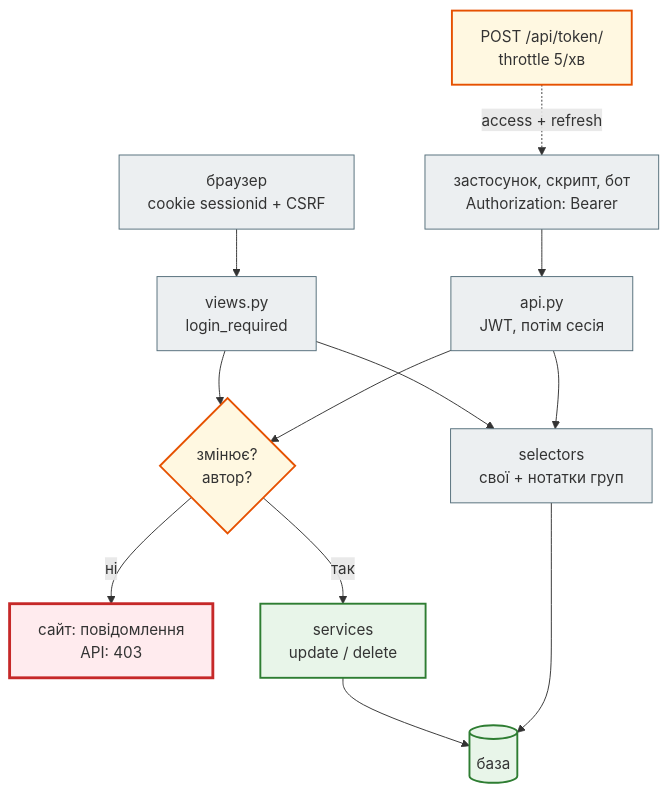
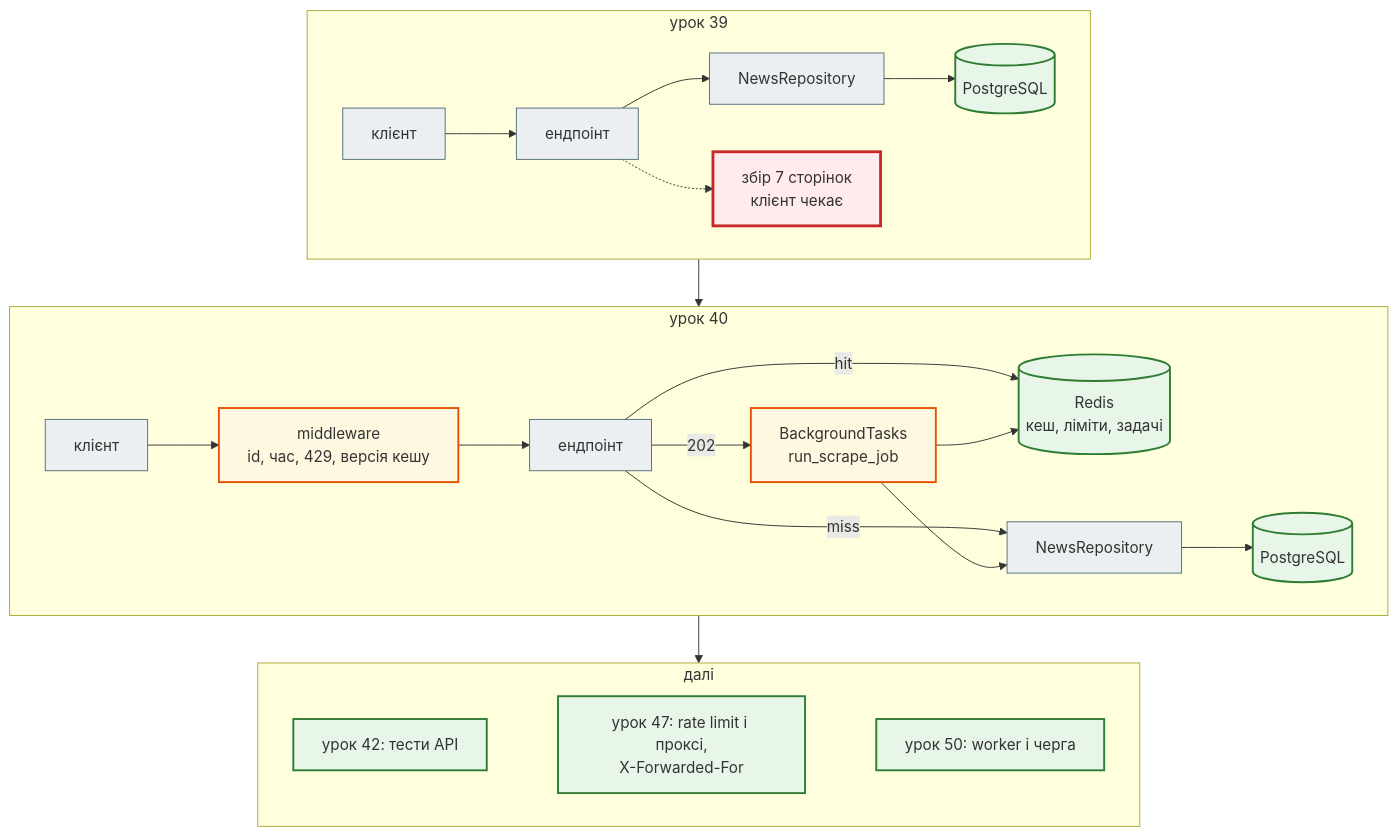
Before and after one commit to AlinaRadchenko/PY-Course-Victor-Nikoriak-22-09-2026: the third of 3 diagrams in docs/modules/m4/lesson_40.md, drawn with Mermaid. The commit also changed other lines of this file and 1846 other files, not shown here.

````diff
--- a/docs/modules/m4/lesson_40.md
+++ b/docs/modules/m4/lesson_40.md
@@ -506,25 +439,36 @@
 ```mermaid
 flowchart TD
     classDef step     fill:#eceff1,stroke:#546e7a,stroke-width:1px;
     classDef decision fill:#e3f2fd,stroke:#1565c0,stroke-width:2px;
     classDef success  fill:#e8f5e9,stroke:#2e7d32,stroke-width:2px;
     classDef error    fill:#ffebee,stroke:#c62828,stroke-width:3px;
     classDef warning  fill:#fff8e1,stroke:#e65100,stroke-width:2px;
 
-    B["браузер<br>cookie sessionid + CSRF"] --> V["views.py<br>login_required"]
-    C["застосунок, скрипт, бот<br>Authorization: Bearer"] --> A["api.py<br>JWT, потім сесія"]
-    T["POST /api/token/<br>throttle 5/хв"] -. "access + refresh" .-> C
-    V --> R["selectors<br>свої + нотатки груп"]
-    A --> R
-    V --> W{"змінює?<br>автор?"}
-    A --> W
-    W -- ні --> X["сайт: повідомлення<br>API: 403"]
-    W -- так --> S["services<br>update / delete"]
-    S --> DB[("база")]
-    R --> DB
+    subgraph OLD ["урок 39"]
+        direction LR
+        C0["клієнт"] --> A0["ендпоінт"] --> R0["NewsRepository"] --> D0[("PostgreSQL")]
+        A0 -.-> S0["збір 7 сторінок<br>клієнт чекає"]
+    end
+    subgraph NEW ["урок 40"]
+        direction LR
+        C1["клієнт"] --> MW["middleware<br>id, час, 429, версія кешу"]
+        MW --> A1["ендпоінт"]
+        A1 -- "hit" --> K[("Redis<br>кеш, ліміти, задачі")]
+        A1 -- "miss" --> R1["NewsRepository"] --> D1[("PostgreSQL")]
+        A1 -- "202" --> BG["BackgroundTasks<br>run_scrape_job"]
+        BG --> R1
+        BG --> K
+    end
+    subgraph NEXT ["далі"]
+        direction LR
+        N1["урок 42: тести API"] ~~~ N2["урок 47: rate limit і проксі,<br>X-Forwarded-For"] ~~~ N3["урок 50: worker і черга"]
+    end
+    OLD --> NEW --> NEXT
 
-    class B,C,V,A,R step
-    class T,W warning
-    class X error
-    class S,DB success
+    class C0,A0,R0,C1,A1,R1 step
+    class S0 error
+    class D0,D1 success
+    class MW,BG warning
+    class K success
+    class N1,N2,N3 success
 ```
````
